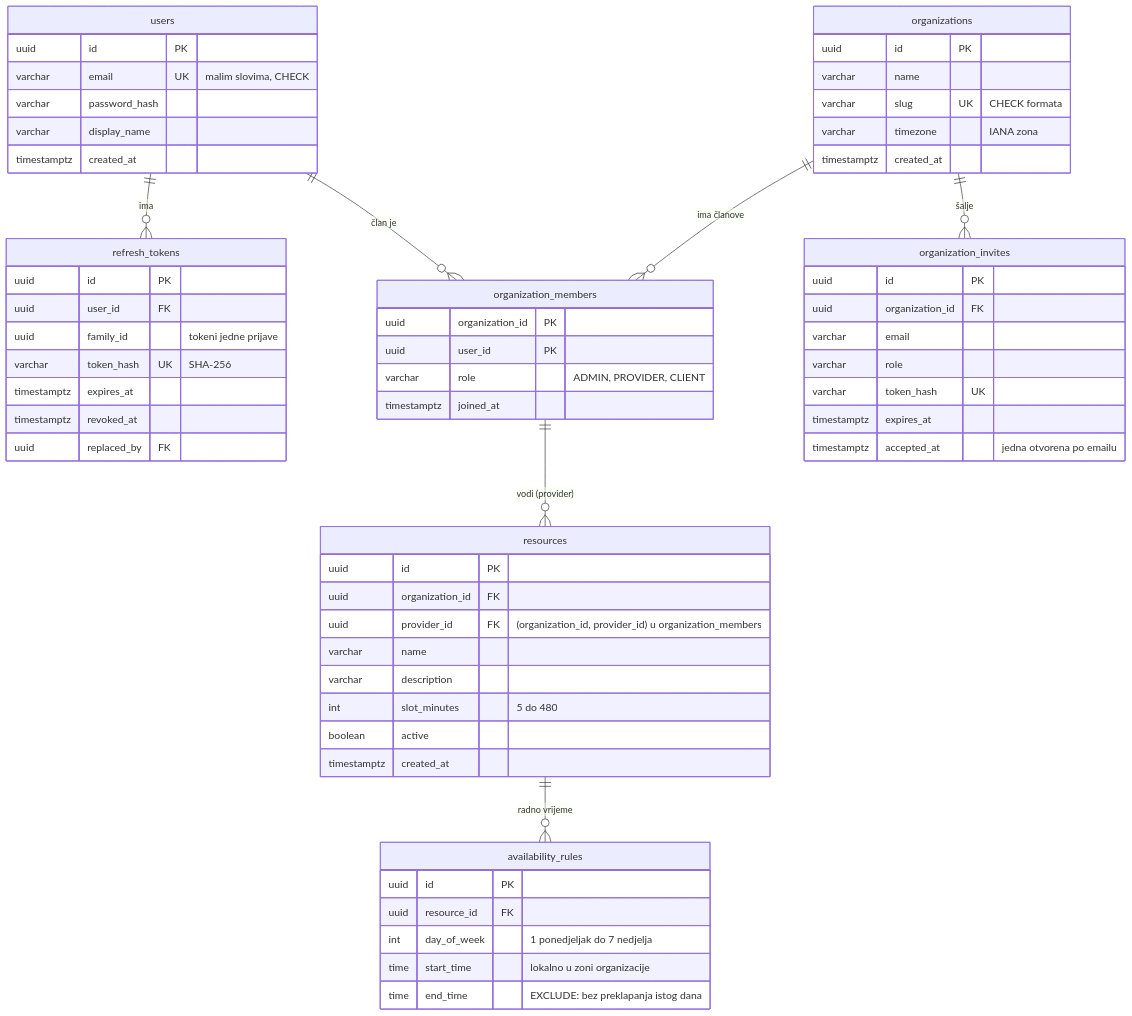
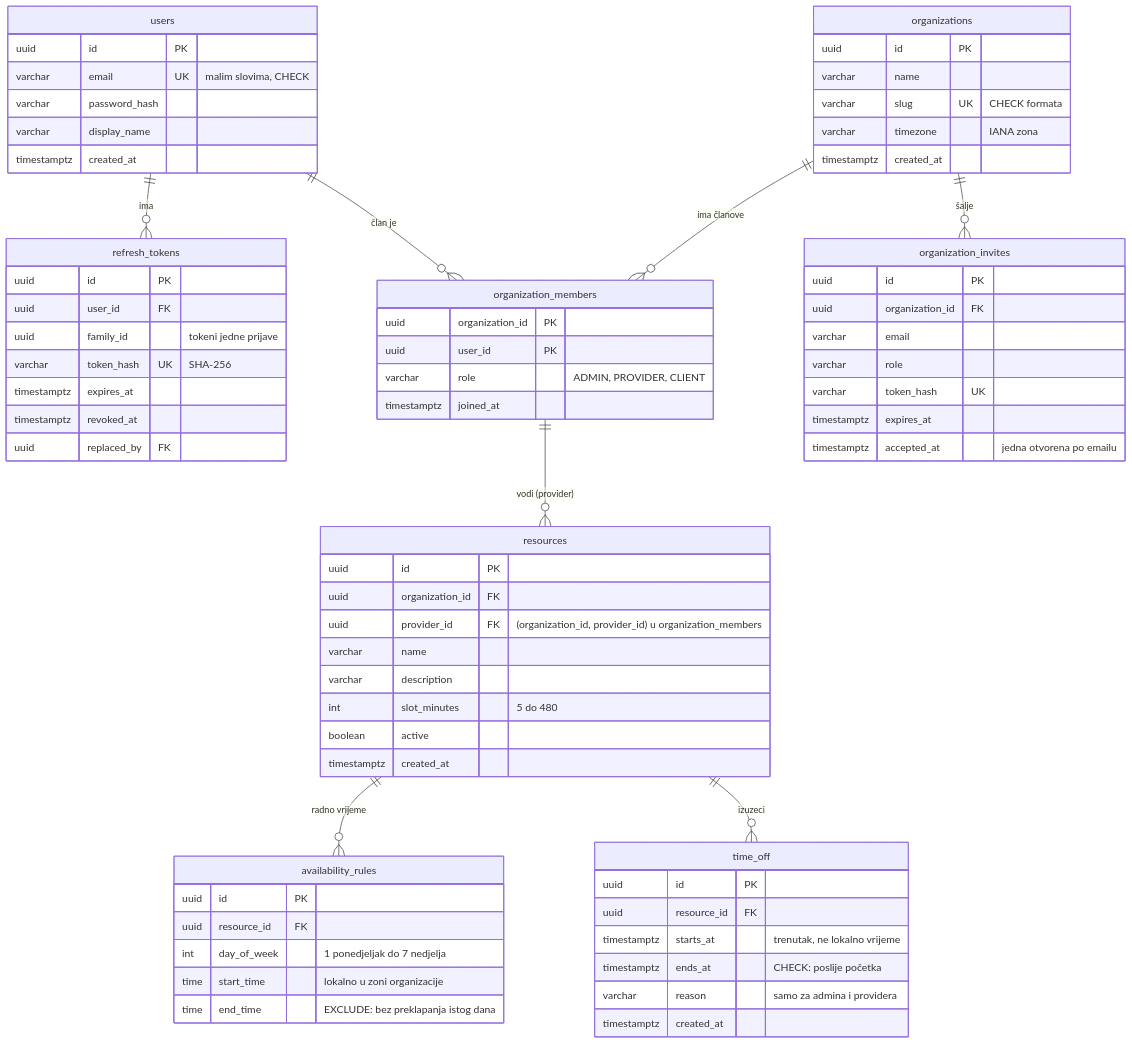
One commit to eminahbabovich/SlotBook changed the second of 2 diagrams in docs/ARHITEKTURA.md. Above: the diagram before and after it, drawn with Mermaid. The commit also changed other lines of this file and 15 other files, not shown here.

Commit message:
Izuzeci od radnog vremena kao trenuci s pomakom, vide ih samo admin i provider

````diff
--- a/docs/ARHITEKTURA.md
+++ b/docs/ARHITEKTURA.md
@@ -43,65 +43,74 @@
 ```mermaid
 erDiagram
     users ||--o{ refresh_tokens : "ima"
     users ||--o{ organization_members : "član je"
     organizations ||--o{ organization_members : "ima članove"
     organizations ||--o{ organization_invites : "šalje"
     organization_members ||--o{ resources : "vodi (provider)"
     resources ||--o{ availability_rules : "radno vrijeme"
+    resources ||--o{ time_off : "izuzeci"
 
     users {
         uuid id PK
         varchar email UK "malim slovima, CHECK"
         varchar password_hash
         varchar display_name
         timestamptz created_at
     }
     refresh_tokens {
         uuid id PK
         uuid user_id FK
         uuid family_id "tokeni jedne prijave"
         varchar token_hash UK "SHA-256"
         timestamptz expires_at
         timestamptz revoked_at
         uuid replaced_by FK
     }
     organizations {
         uuid id PK
         varchar name
         varchar slug UK "CHECK formata"
         varchar timezone "IANA zona"
         timestamptz created_at
     }
     organization_members {
         uuid organization_id PK
         uuid user_id PK
         varchar role "ADMIN, PROVIDER, CLIENT"
         timestamptz joined_at
     }
     organization_invites {
         uuid id PK
         uuid organization_id FK
         varchar email
         varchar role
         varchar token_hash UK
         timestamptz expires_at
         timestamptz accepted_at "jedna otvorena po emailu"
     }
     resources {
         uuid id PK
         uuid organization_id FK
         uuid provider_id FK "(organization_id, provider_id) u organization_members"
         varchar name
         varchar description
         int slot_minutes "5 do 480"
         boolean active
         timestamptz created_at
     }
     availability_rules {
         uuid id PK
         uuid resource_id FK
         int day_of_week "1 ponedjeljak do 7 nedjelja"
         time start_time "lokalno u zoni organizacije"
         time end_time "EXCLUDE: bez preklapanja istog dana"
     }
+    time_off {
+        uuid id PK
+        uuid resource_id FK
+        timestamptz starts_at "trenutak, ne lokalno vrijeme"
+        timestamptz ends_at "CHECK: poslije početka"
+        varchar reason "samo za admina i providera"
+        timestamptz created_at
+    }
 ```
````
